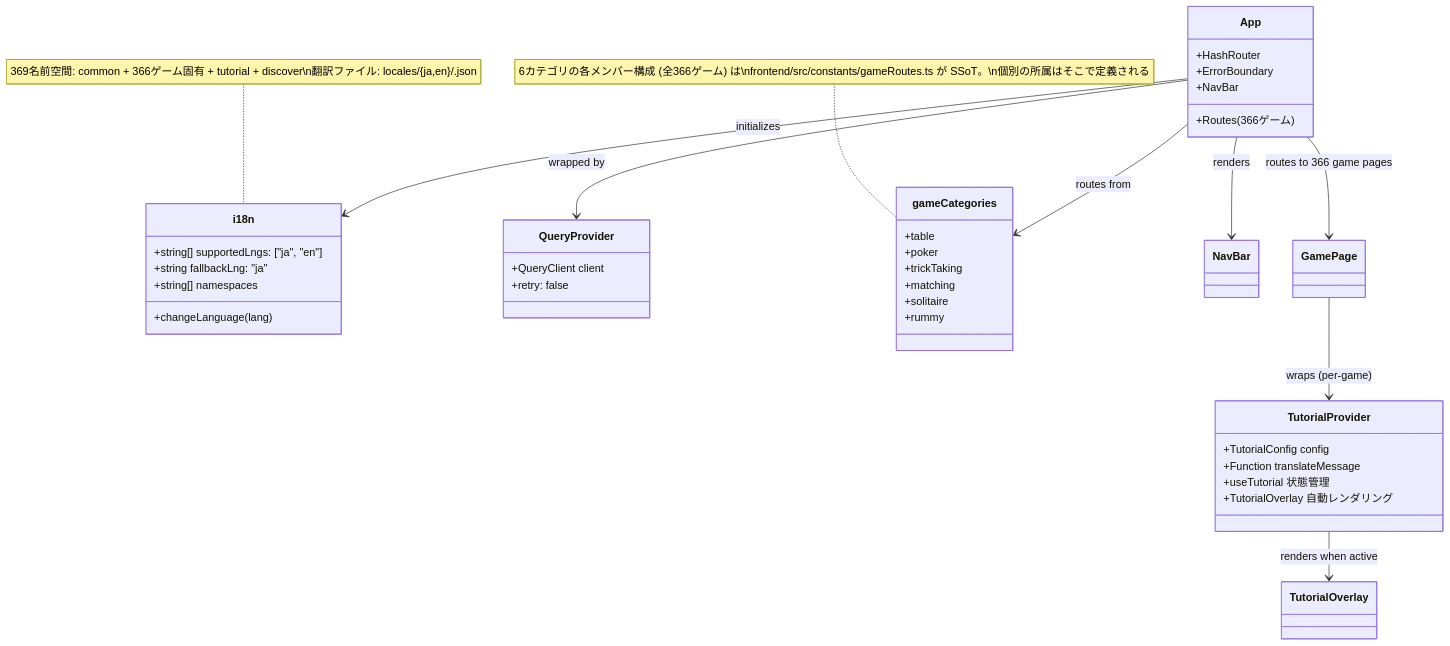
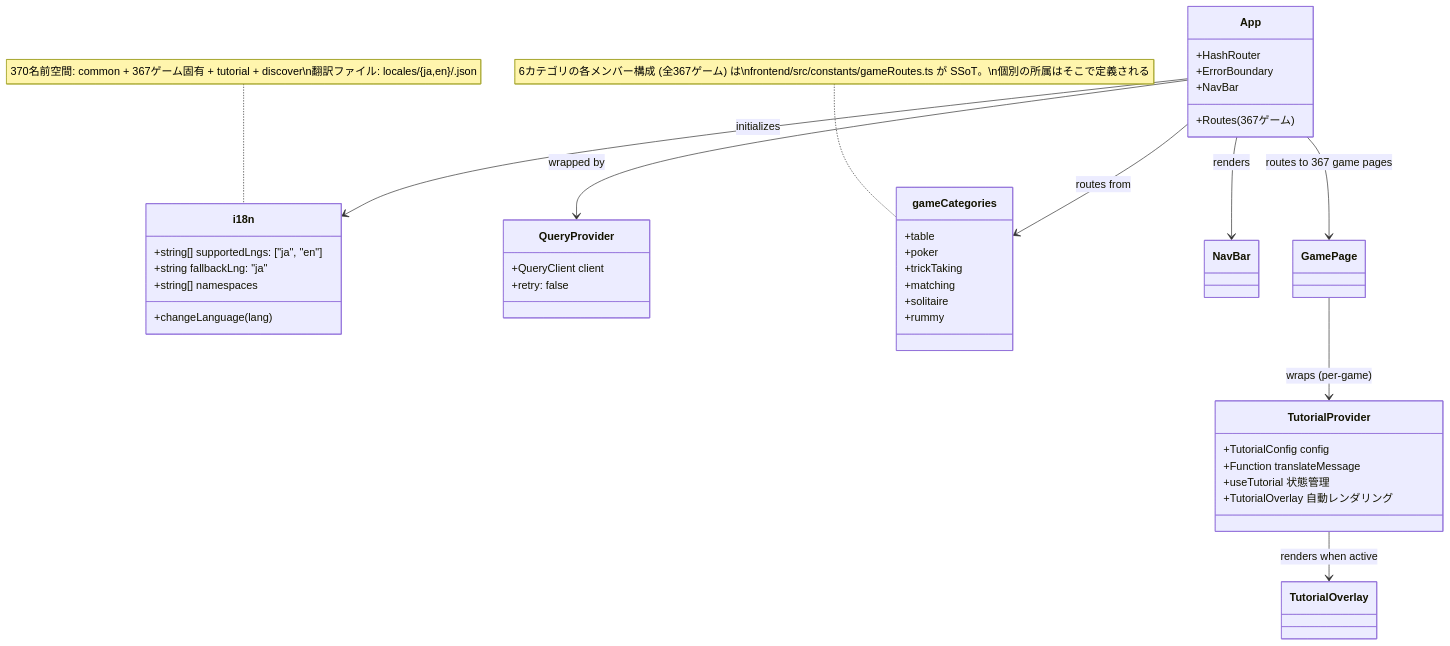
One commit to yuta-yoshinaga/go_trumpcards changed the ninth of 49 diagrams in docs/design/frontend.md. Above: the diagram before and after it, drawn with Mermaid. The commit also changed other lines of this file and 67 other files, not shown here.

````diff
--- a/docs/design/frontend.md
+++ b/docs/design/frontend.md
@@ -1874,48 +1874,48 @@
 ```mermaid
 classDiagram
     class i18n {
         +string[] supportedLngs: ["ja", "en"]
         +string fallbackLng: "ja"
         +string[] namespaces
         +changeLanguage(lang)
     }
 
     class QueryProvider {
         +QueryClient client
         +retry: false
     }
 
     class App {
         +HashRouter
         +ErrorBoundary
         +NavBar
-        +Routes (366ゲーム)
+        +Routes (367ゲーム)
     }
 
     class gameCategories {
         +table
         +poker
         +trickTaking
         +matching
         +solitaire
         +rummy
     }
-    note for gameCategories "6カテゴリの各メンバー構成 (全366ゲーム) は\nfrontend/src/constants/gameRoutes.ts が SSoT。\n個別の所属はそこで定義される"
+    note for gameCategories "6カテゴリの各メンバー構成 (全367ゲーム) は\nfrontend/src/constants/gameRoutes.ts が SSoT。\n個別の所属はそこで定義される"
 
     class TutorialProvider {
         +TutorialConfig config
         +Function translateMessage
         +useTutorial 状態管理
         +TutorialOverlay 自動レンダリング
     }
 
     App --> QueryProvider : wrapped by
     App --> i18n : initializes
     App --> gameCategories : routes from
     App --> NavBar : renders
-    App --> GamePage : routes to 366 game pages
+    App --> GamePage : routes to 367 game pages
     GamePage --> TutorialProvider : wraps (per-game)
     TutorialProvider --> TutorialOverlay : renders when active
 
-    note for i18n "369名前空間: common + 366ゲーム固有 + tutorial + discover\n翻訳ファイル: locales/{ja,en}/<game>.json"
+    note for i18n "370名前空間: common + 367ゲーム固有 + tutorial + discover\n翻訳ファイル: locales/{ja,en}/<game>.json"
 ```
````
